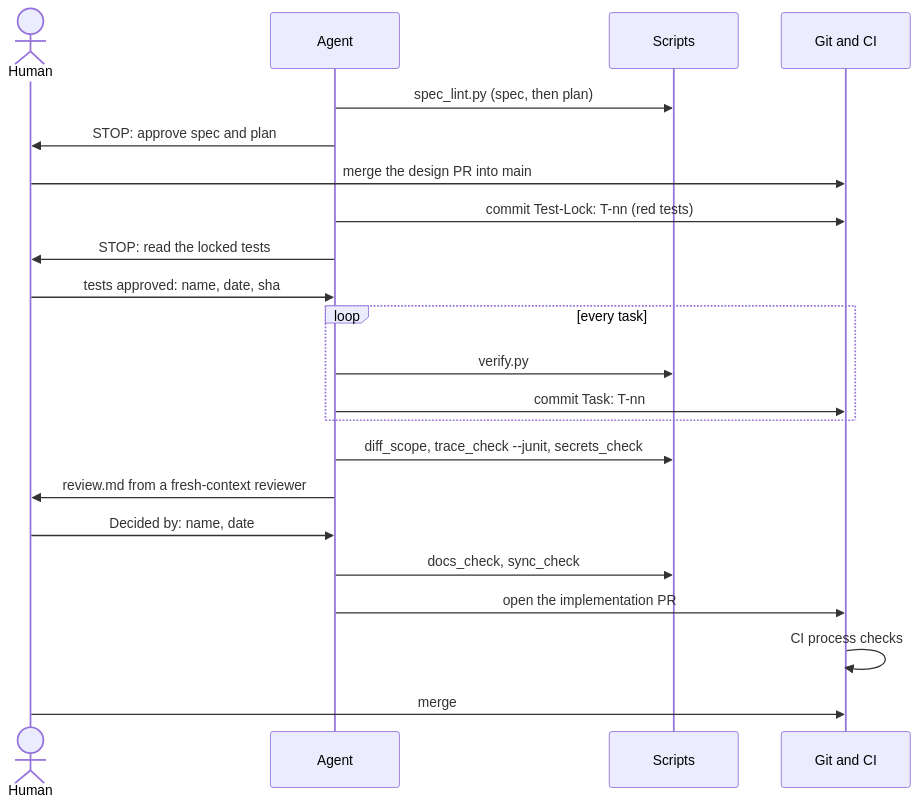
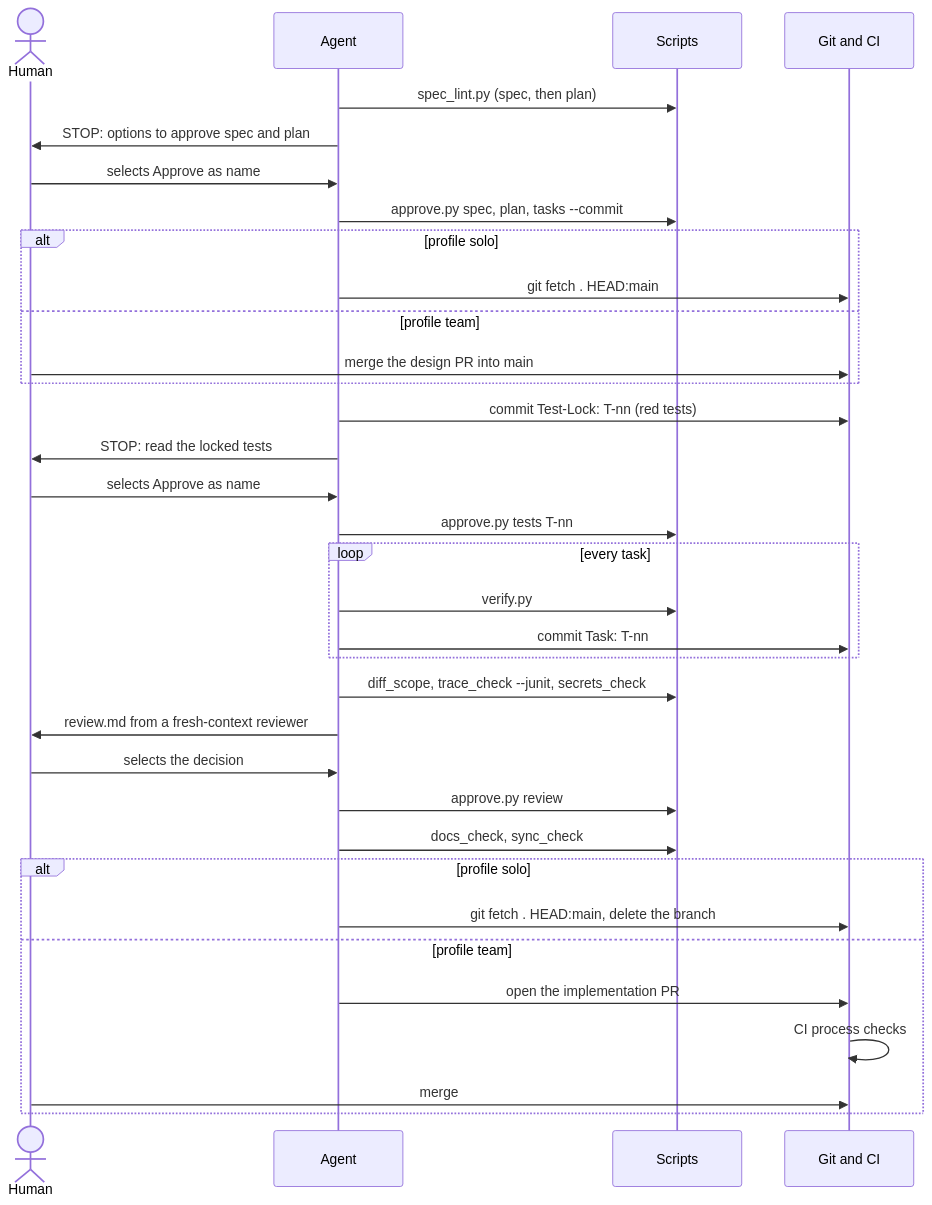
The second of 2 diagrams in docs/playbook-ai-software-lifecycle.md (jumping2000/sdd-playbook), drawn with Mermaid before and after one commit. The commit also changed other lines of this file and 51 other files, not shown here.

First line of the commit message:
0.20.0: proportionate process, choices as options, git by profile

````diff
--- a/docs/playbook-ai-software-lifecycle.md
+++ b/docs/playbook-ai-software-lifecycle.md
@@ -779,24 +807,36 @@
 ```mermaid
 sequenceDiagram
     actor H as Human
     participant A as Agent
     participant S as Scripts
     participant G as Git and CI
     A->>S: spec_lint.py (spec, then plan)
-    A->>H: STOP: approve spec and plan
-    H->>G: merge the design PR into main
+    A->>H: STOP: options to approve spec and plan
+    H->>A: selects Approve as name
+    A->>S: approve.py spec, plan, tasks --commit
+    alt profile solo
+        A->>G: git fetch . HEAD:main
+    else profile team
+        H->>G: merge the design PR into main
+    end
     A->>G: commit Test-Lock: T-nn (red tests)
     A->>H: STOP: read the locked tests
-    H->>A: tests approved: name, date, sha
+    H->>A: selects Approve as name
+    A->>S: approve.py tests T-nn
     loop every task
         A->>S: verify.py
         A->>G: commit Task: T-nn
     end
     A->>S: diff_scope, trace_check --junit, secrets_check
     A->>H: review.md from a fresh-context reviewer
-    H->>A: Decided by: name, date
+    H->>A: selects the decision
+    A->>S: approve.py review
     A->>S: docs_check, sync_check
-    A->>G: open the implementation PR
-    G->>G: CI process checks
-    H->>G: merge
+    alt profile solo
+        A->>G: git fetch . HEAD:main, delete the branch
+    else profile team
+        A->>G: open the implementation PR
+        G->>G: CI process checks
+        H->>G: merge
+    end
 ```
````
